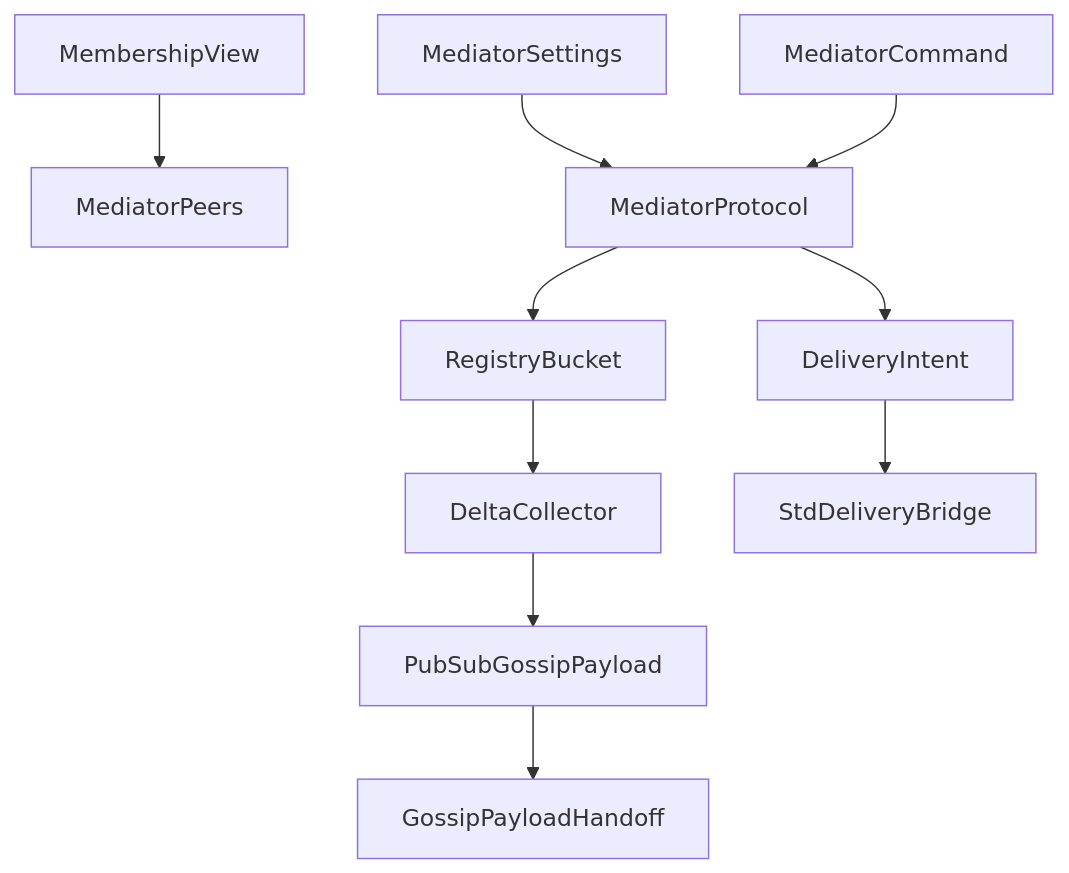
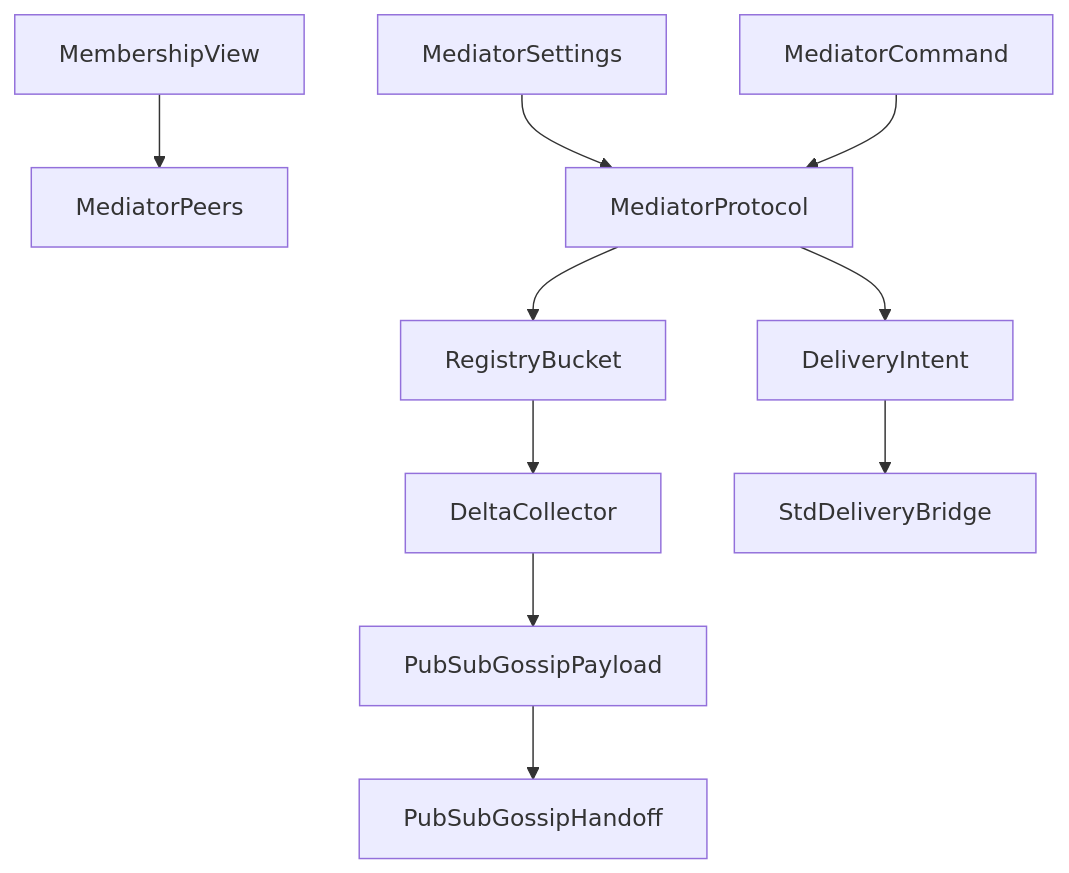
Before and after one commit to j5ik2o/fraktor-rs: the first of 4 diagrams in .kiro/specs/cluster-pubsub-mediator-protocol/design.md, drawn with Mermaid. The commit also changed other lines of this file and 5 other files, not shown here.

````diff
--- a/.kiro/specs/cluster-pubsub-mediator-protocol/design.md
+++ b/.kiro/specs/cluster-pubsub-mediator-protocol/design.md
@@ -72,12 +72,12 @@
 ```mermaid
 graph TB
     MembershipView --> MediatorPeers
     MediatorSettings --> MediatorProtocol
     MediatorCommand --> MediatorProtocol
     MediatorProtocol --> RegistryBucket
     RegistryBucket --> DeltaCollector
     DeltaCollector --> PubSubGossipPayload
-    PubSubGossipPayload --> GossipPayloadHandoff
+    PubSubGossipPayload --> PubSubGossipHandoff
     MediatorProtocol --> DeliveryIntent
     DeliveryIntent --> StdDeliveryBridge
 ```
````
